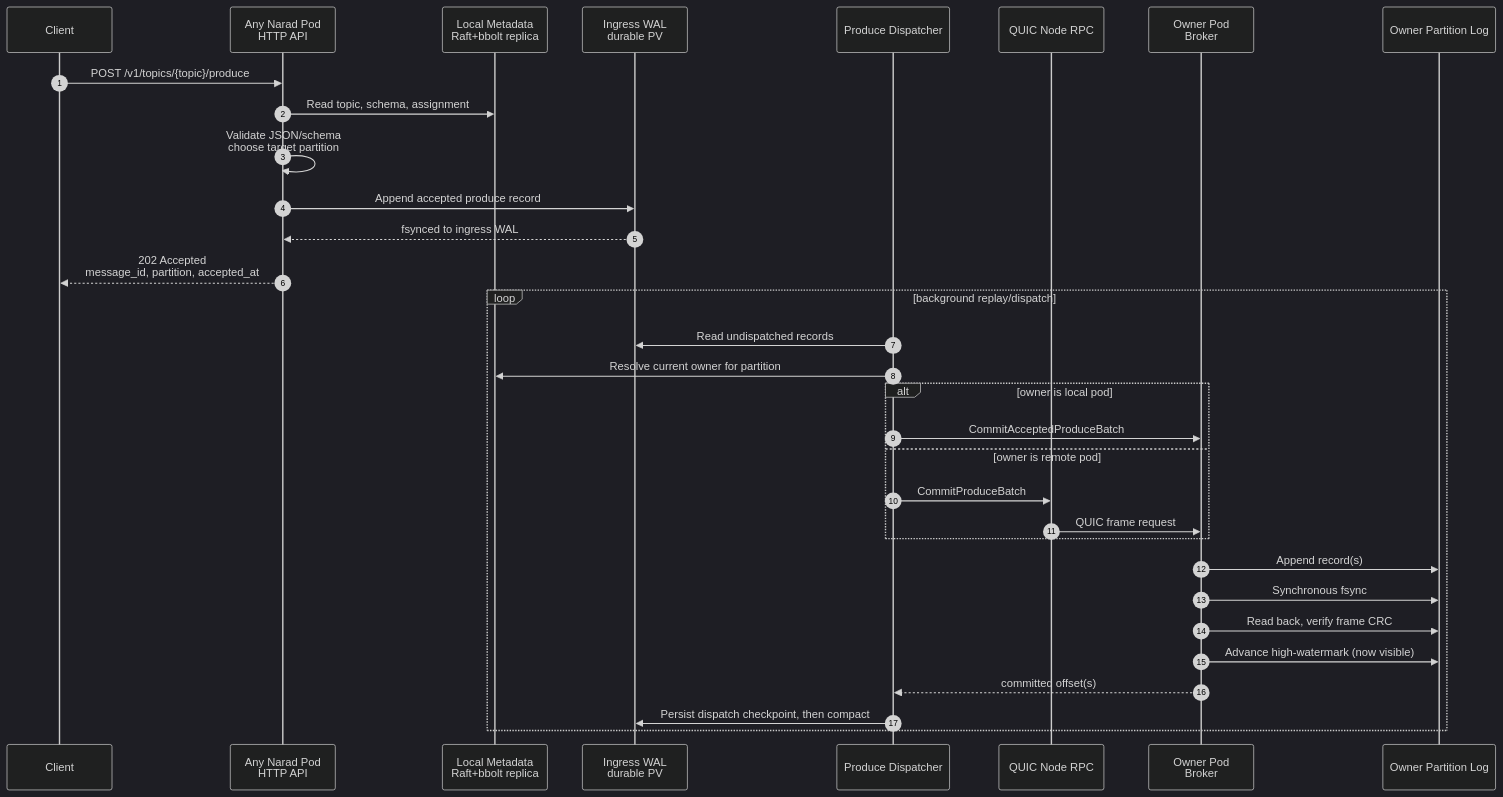
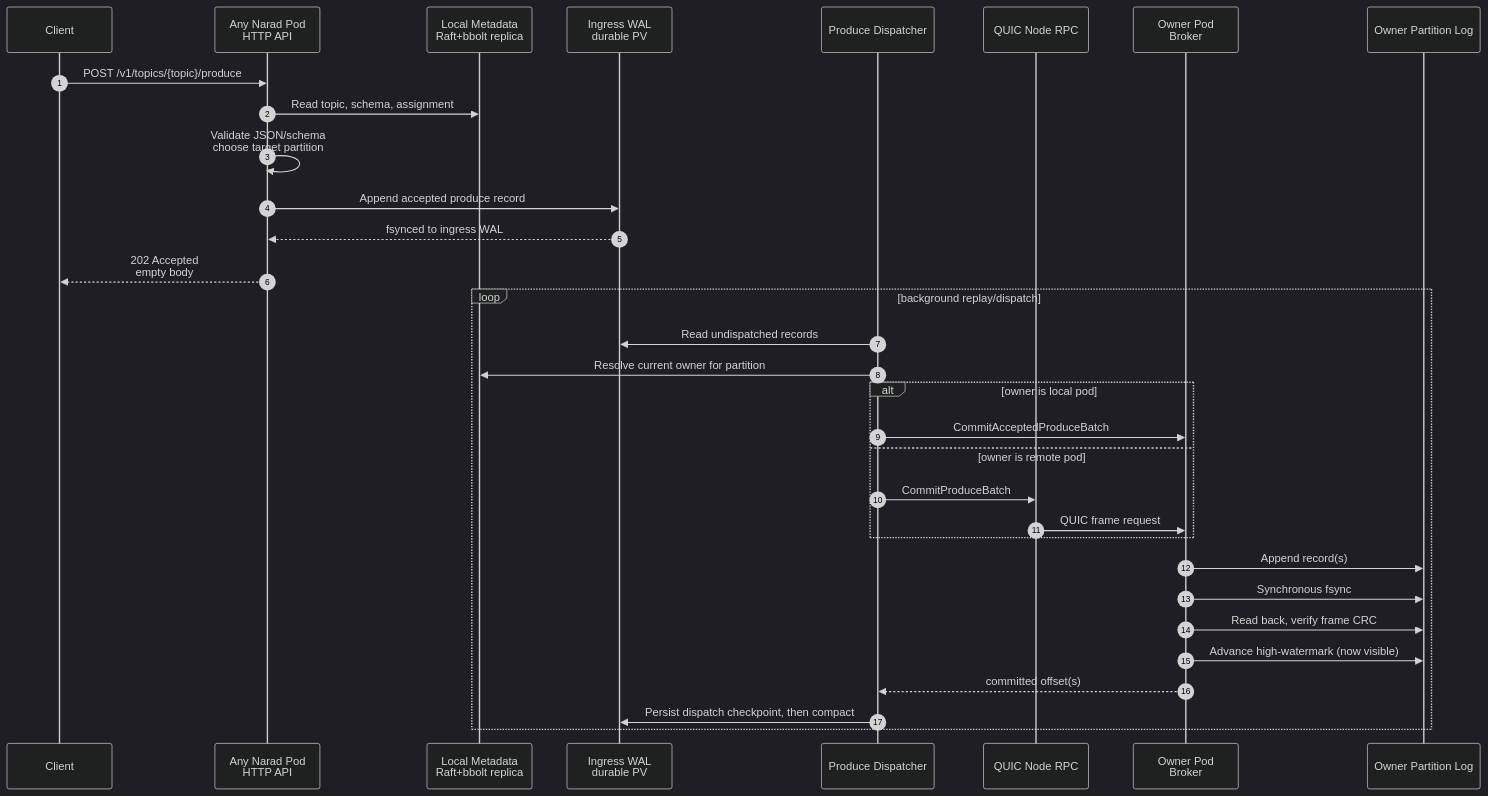
The first of 4 diagrams in PCA_FLOWS.md (DebanganThakuria/narad), drawn with Mermaid (dark theme) before and after one commit. The commit also changed 34 other files, not shown here.

````diff
--- a/PCA_FLOWS.md
+++ b/PCA_FLOWS.md
@@ -12,36 +12,36 @@
 ```mermaid
 sequenceDiagram
     autonumber
     participant C as Client
     participant API as Any Narad Pod<br/>HTTP API
     participant MS as Local Metadata<br/>Raft+bbolt replica
     participant WAL as Ingress WAL<br/>durable PV
     participant D as Produce Dispatcher
     participant Q as QUIC Node RPC
     participant O as Owner Pod<br/>Broker
     participant L as Owner Partition Log
 
     C->>API: POST /v1/topics/{topic}/produce
     API->>MS: Read topic, schema, assignment
     API->>API: Validate JSON/schema<br/>choose target partition
     API->>WAL: Append accepted produce record
     WAL-->>API: fsynced to ingress WAL
-    API-->>C: 202 Accepted<br/>message_id, partition, accepted_at
+    API-->>C: 202 Accepted<br/>empty body
 
     loop background replay/dispatch
         D->>WAL: Read undispatched records
         D->>MS: Resolve current owner for partition
         alt owner is local pod
             D->>O: CommitAcceptedProduceBatch
         else owner is remote pod
             D->>Q: CommitProduceBatch
             Q->>O: QUIC frame request
         end
         O->>L: Append record(s)
         O->>L: Synchronous fsync
         O->>L: Read back, verify frame CRC
         O->>L: Advance high-watermark (now visible)
         O-->>D: committed offset(s)
         D->>WAL: Persist dispatch checkpoint, then compact
     end
 ```
````
